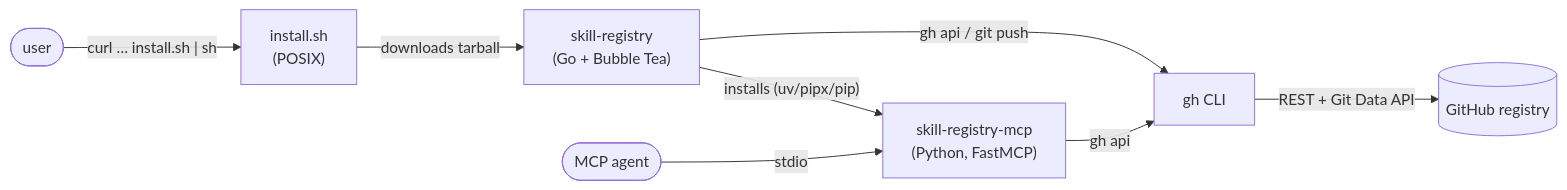
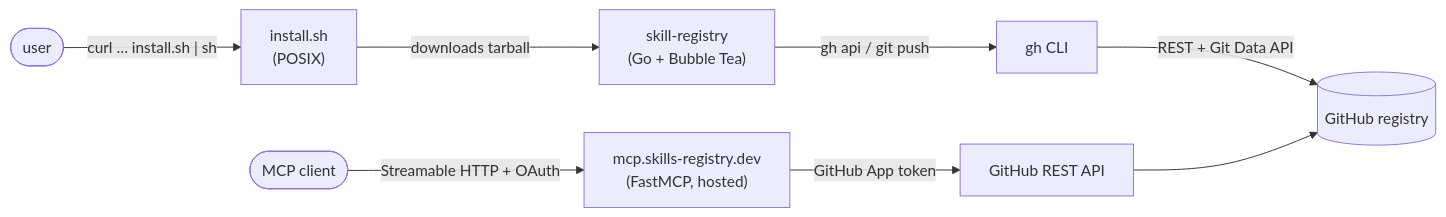
The first of 3 diagrams in docs/registry.md (nikships/skills-registry), drawn with Mermaid before and after one commit. The commit also changed other lines of this file and 51 other files, not shown here.

First line of the commit message:
refactor: collapse to hosted-MCP-only flow

````diff
--- a/docs/registry.md
+++ b/docs/registry.md
@@ -9,10 +9,10 @@
 ```mermaid
 flowchart LR
   U([user]) -->|"curl … install.sh | sh"| InstallSh["install.sh<br/>(POSIX)"]
   InstallSh -->|"downloads tarball"| GoCLI["skill-registry<br/>(Go + Bubble Tea)"]
-  GoCLI -->|"installs (uv/pipx/pip)"| McpBin["skill-registry-mcp<br/>(Python, FastMCP)"]
   GoCLI -->|"gh api / git push"| GH["gh CLI"]
-  McpBin -->|"gh api"| GH
   GH -->|"REST + Git Data API"| Repo[(GitHub registry)]
-  Agent([MCP agent]) -->|"stdio"| McpBin
+  Agent([MCP client]) -->|"Streamable HTTP + OAuth"| Hosted["mcp.skills-registry.dev<br/>(FastMCP, hosted)"]
+  Hosted -->|"GitHub App token"| GH2["GitHub REST API"]
+  GH2 --> Repo
 ```
````
